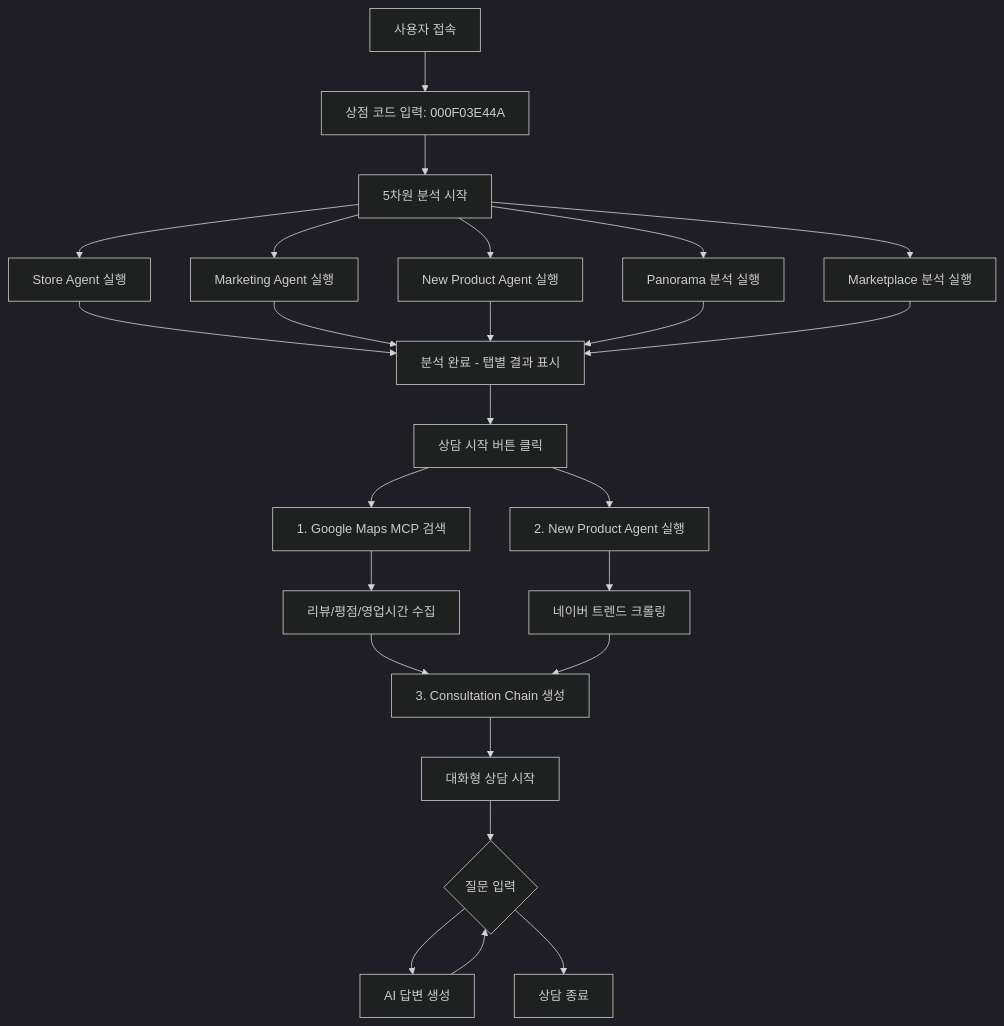
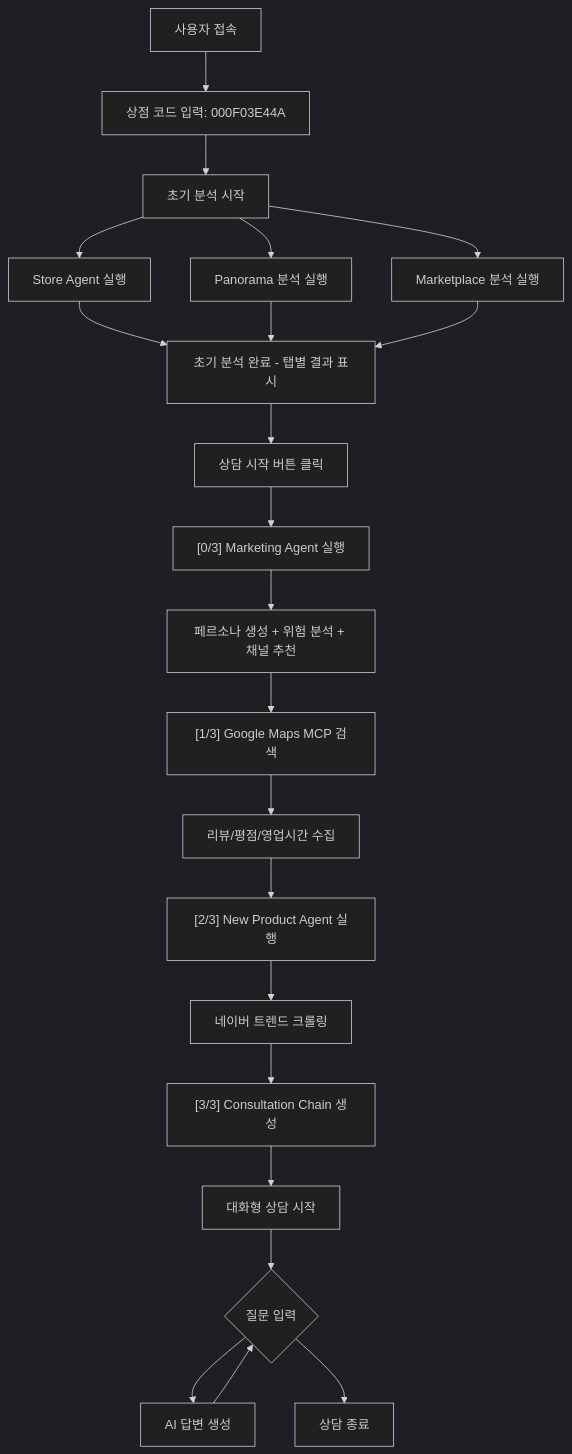
Before and after one commit to urbanking/DA4U_bigcontest: the diagram in README.md, drawn with Mermaid (dark theme). The commit also changed other lines of this file and 1798 other files, not shown here.

````diff
--- a/README.md
+++ b/README.md
@@ -158,33 +492,31 @@
 ```mermaid
 graph TD
-    A[사용자 접속] --> B[상점 코드 입력: 000F03E44A]
-    B --> C[5차원 분석 시작]
+    A[사용자 접속] --> B["상점 코드 입력: 000F03E44A"]
+    B --> C[초기 분석 시작]
     C --> D[Store Agent 실행]
-    C --> E[Marketing Agent 실행]
-    C --> F[New Product Agent 실행]
     C --> G[Panorama 분석 실행]
     C --> H[Marketplace 분석 실행]
     
-    D --> I[분석 완료 - 탭별 결과 표시]
-    E --> I
-    F --> I
+    D --> I["초기 분석 완료 - 탭별 결과 표시"]
     G --> I
     H --> I
     
     I --> J[상담 시작 버튼 클릭]
-    J --> K[1. Google Maps MCP 검색]
-    K --> L[리뷰/평점/영업시간 수집]
+    J --> K["[0/3] Marketing Agent 실행"]
+    K --> L["페르소나 생성 + 위험 분석 + 채널 추천"]
     
-    J --> M[2. New Product Agent 실행]
-    M --> N[네이버 트렌드 크롤링]
+    L --> M["[1/3] Google Maps MCP 검색"]
+    M --> N["리뷰/평점/영업시간 수집"]
     
-    L --> O[3. Consultation Chain 생성]
-    N --> O
+    N --> O["[2/3] New Product Agent 실행"]
+    O --> P[네이버 트렌드 크롤링]
     
-    O --> P[대화형 상담 시작]
-    P --> Q{질문 입력}
-    Q --> R[AI 답변 생성]
-    R --> Q
+    P --> Q["[3/3] Consultation Chain 생성"]
     
-    Q --> S[상담 종료]
+    Q --> R[대화형 상담 시작]
+    R --> S{질문 입력}
+    S --> T[AI 답변 생성]
+    T --> S
+    
+    S --> U[상담 종료]
 ```
````
